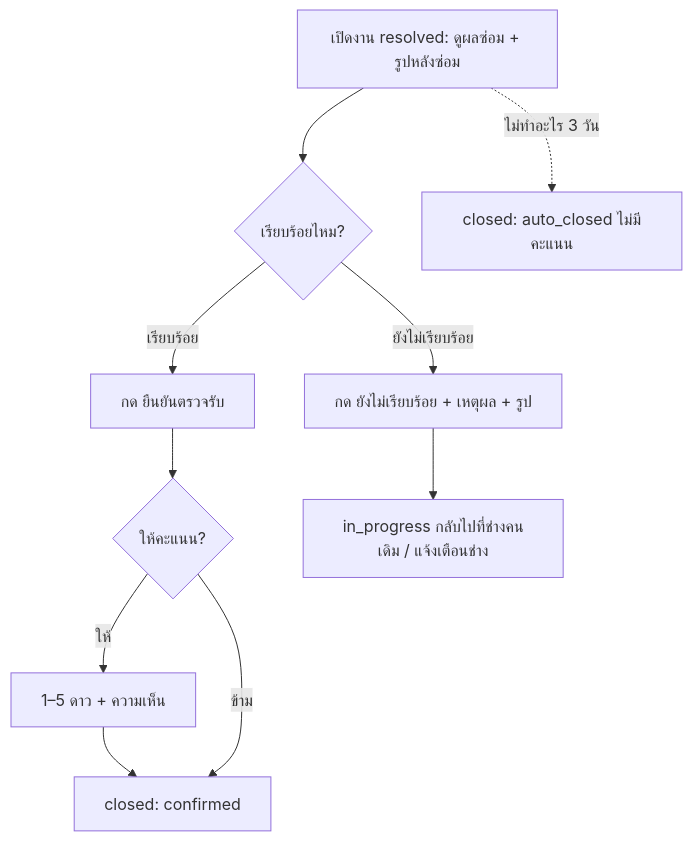
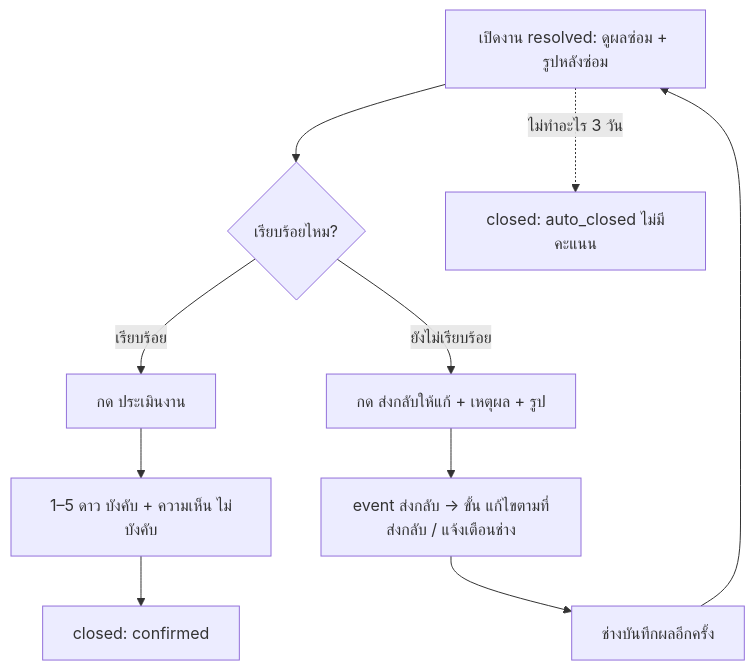
One commit to pithawat/BAMBAM changed the ninth of 13 diagrams in docs/modules/repair/02-flows.md. Above: the diagram before and after it, drawn with Mermaid. The commit also changed other lines of this file and 160 other files, not shown here.

````diff
--- a/docs/modules/repair/02-flows.md
+++ b/docs/modules/repair/02-flows.md
@@ -252,9 +259,8 @@
 ```mermaid
 flowchart TD
   A[เปิดงาน resolved: ดูผลซ่อม + รูปหลังซ่อม] --> B{เรียบร้อยไหม?}
-  B -- เรียบร้อย --> C[กด ยืนยันตรวจรับ] --> D{ให้คะแนน?}
-  D -- ให้ --> E[1–5 ดาว + ความเห็น] --> F[closed: confirmed]
-  D -- ข้าม --> F
-  B -- ยังไม่เรียบร้อย --> G[กด ยังไม่เรียบร้อย + เหตุผล + รูป] --> H[in_progress กลับไปที่ช่างคนเดิม / แจ้งเตือนช่าง]
-  A -. ไม่ทำอะไร 3 วัน .-> I[closed: auto_closed ไม่มีคะแนน]
+  B -- เรียบร้อย --> C[กด ประเมินงาน] --> E[1–5 ดาว บังคับ + ความเห็น ไม่บังคับ] --> F[closed: confirmed]
+  B -- ยังไม่เรียบร้อย --> G[กด ส่งกลับให้แก้ + เหตุผล + รูป] --> H[event ส่งกลับ → ขั้น แก้ไขตามที่ส่งกลับ / แจ้งเตือนช่าง]
+  H --> I[ช่างบันทึกผลอีกครั้ง] --> A
+  A -. ไม่ทำอะไร 3 วัน .-> J[closed: auto_closed ไม่มีคะแนน]
 ```
````
